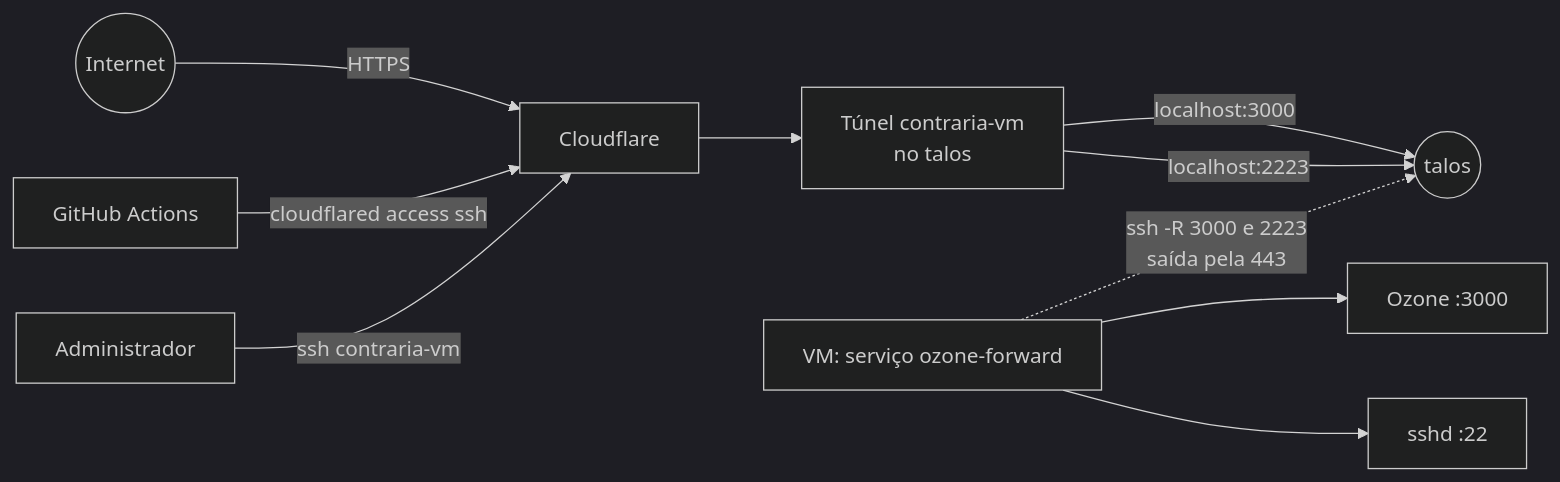
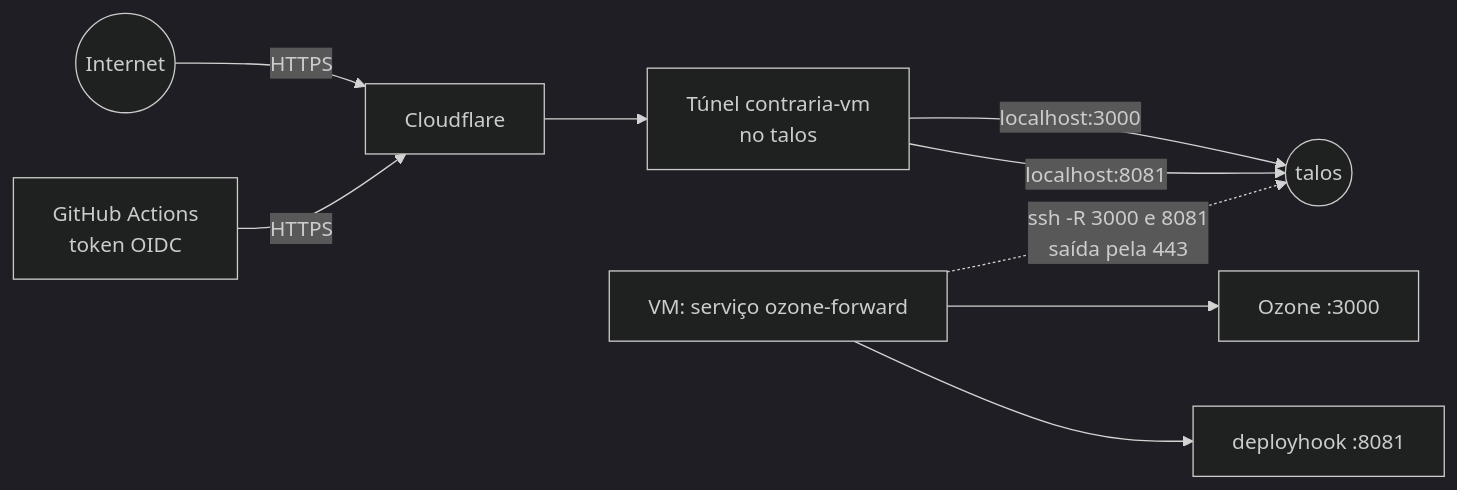
One commit to moonshinerd/ContrarIA changed the diagram in docs/arquitetura/operacao-vm.md. Above: the diagram before and after it, drawn with Mermaid (dark theme). The commit also changed other lines of this file and 2 other files, not shown here.

First line of the commit message:
docs(deploy): deploy por token OIDC e SSH da VM fechado

````diff
--- a/docs/arquitetura/operacao-vm.md
+++ b/docs/arquitetura/operacao-vm.md
@@ -24,12 +24,11 @@
 ```mermaid
 flowchart LR
     I((Internet)) -->|HTTPS| CF[Cloudflare]
-    GH[GitHub Actions] -->|cloudflared access ssh| CF
-    ADM[Administrador] -->|ssh contraria-vm| CF
+    GH[GitHub Actions<br/>token OIDC] -->|HTTPS| CF
     CF --> T[Túnel contraria-vm<br/>no talos]
     T -->|localhost:3000| R1((talos))
-    T -->|localhost:2223| R1
-    VM[VM: serviço ozone-forward] -. ssh -R 3000 e 2223<br/>saída pela 443 .-> R1
+    T -->|localhost:8081| R1
+    VM[VM: serviço ozone-forward] -. ssh -R 3000 e 8081<br/>saída pela 443 .-> R1
     VM --> OZ[Ozone :3000]
-    VM --> SSHD[sshd :22]
+    VM --> DH[deployhook :8081]
 ```
````
